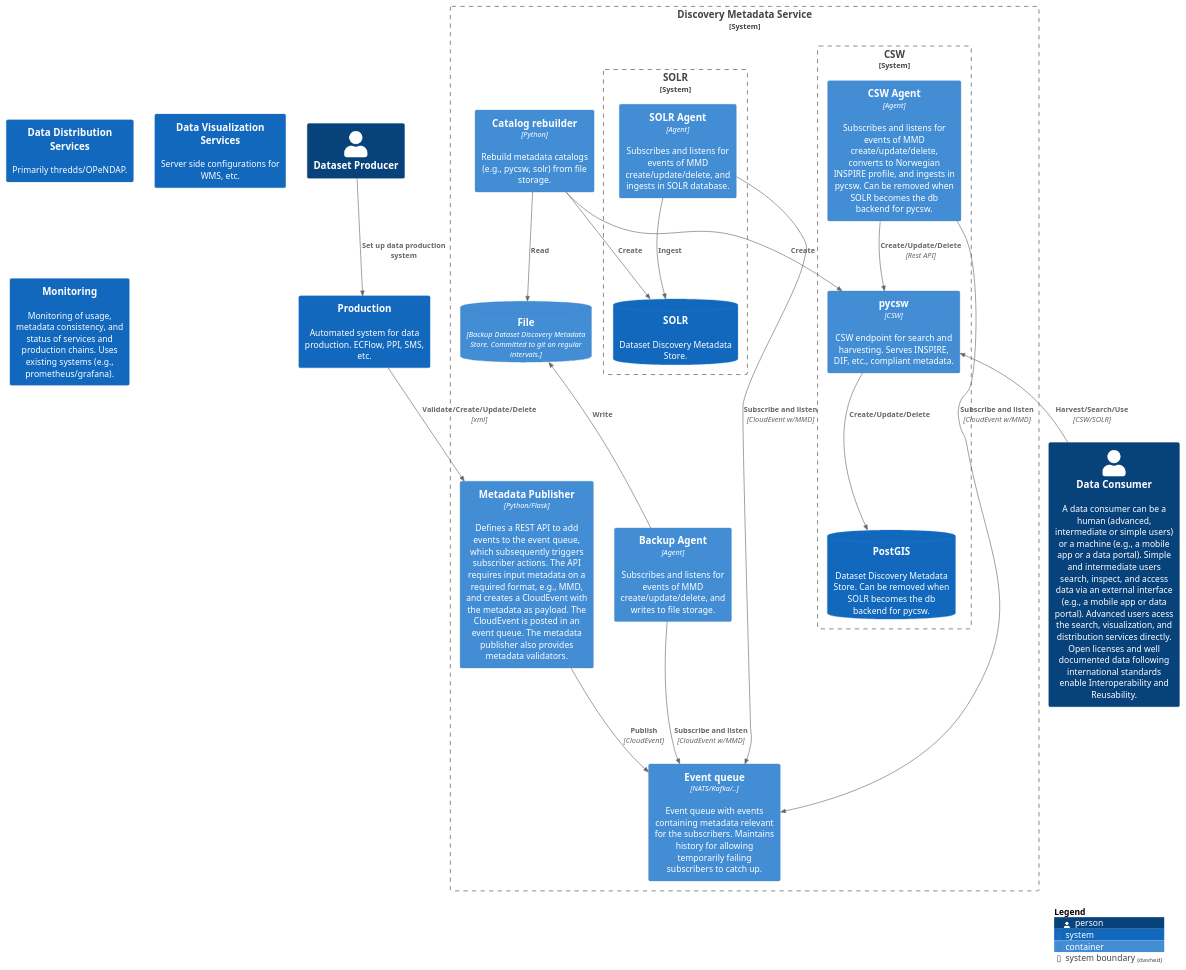
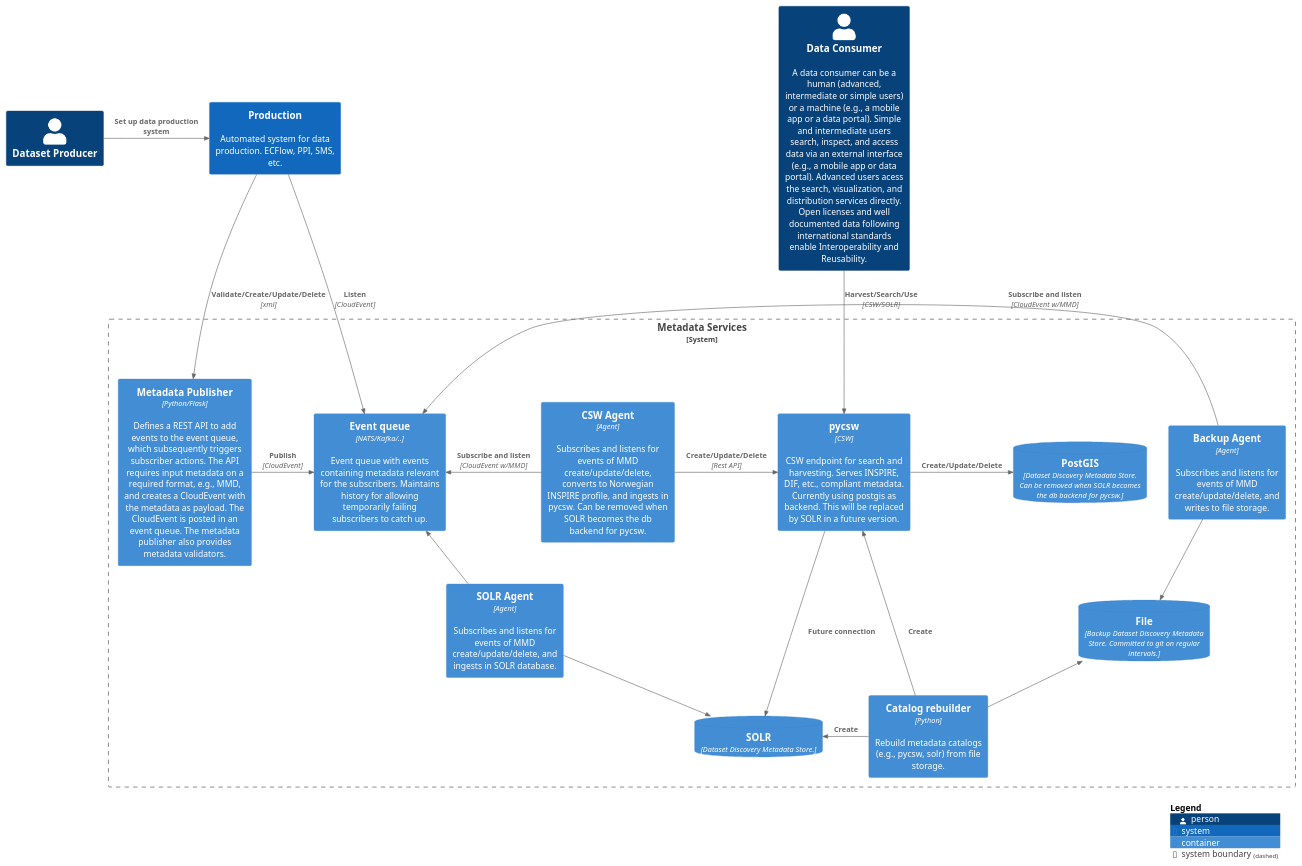
One commit to metno/S-ENDA-documentation changed the diagram in source/puml/architecture/S-ENDA-discovery-metadata-service-container-diagram.puml. Above: the diagram before and after it, drawn with PlantUML. The commit also changed 3 other files, not shown here.

```diff
--- a/source/puml/architecture/S-ENDA-discovery-metadata-service-container-diagram.puml
+++ b/source/puml/architecture/S-ENDA-discovery-metadata-service-container-diagram.puml
@@ -1,61 +1,59 @@
 @startuml S-ENDA-metadata-service-container-diagram
 !include https://raw.githubusercontent.com/plantuml-stdlib/C4-PlantUML/master/C4_Container.puml
 
 LAYOUT_TOP_DOWN()
 
 Person(consumers, "Data Consumer", "A data consumer can be a human (advanced, intermediate or simple users) or a machine (e.g., a mobile app or a data portal). Simple and intermediate users search, inspect, and access data via an external interface (e.g., a mobile app or data portal). Advanced users acess the search, visualization, and distribution services directly. Open licenses and well documented data following international standards enable Interoperability and Reusability.")
 
 Person(dataproducer, "Dataset Producer")
 
 System(productionhub, "Production", "Automated system for data production. ECFlow, PPI, SMS, etc.")
-System(dist_systems, "Data Distribution Services", "Primarily thredds/OPeNDAP.")
-System(vis_systems, "Data Visualization Services", "Server side configurations for WMS, etc.")
-System(monitoring, "Monitoring", "Monitoring of usage, metadata consistency, and status of services and production chains. Uses existing systems (e.g., prometheus/grafana).")
+'System(dist_systems, "Data Distribution Services", "Primarily thredds/OPeNDAP.")
+'System(vis_systems, "Data Visualization Services", "Server side configurations for WMS, etc.")
+'System(monitoring, "Monitoring", "Monitoring of usage, metadata consistency, and status of services and production chains. Uses existing systems (e.g., prometheus/grafana).")
 
-System_Boundary(mserviceSystem, "Discovery Metadata Service") {
+System_Boundary(mserviceSystem, "Metadata Services") {
   Container(dmci, "Metadata Publisher", "Python/Flask", "Defines a REST API to add events to the event queue, which subsequently triggers subscriber actions. The API requires input metadata on a required format, e.g., MMD, and creates a CloudEvent with the metadata as payload. The CloudEvent is posted in an event queue. The metadata publisher also provides metadata validators.")
 
   Container(queue, "Event queue", "NATS/Kafka/..", "Event queue with events containing metadata relevant for the subscribers. Maintains history for allowing temporarily failing subscribers to catch up.")
 
-  Container(metadata_store, "Backup Agent", "Agent", "Subscribes and listens for events of MMD create/update/delete, and writes to file storage.")
+  Container(backupagent, "Backup Agent", "Agent", "Subscribes and listens for events of MMD create/update/delete, and writes to file storage.")
   ContainerDb(file, "File", "Backup Dataset Discovery Metadata Store. Committed to git on regular intervals.")
 
-  System_Boundary(solrsyst, "SOLR") {
-    Container(solr_agent, "SOLR Agent", "Agent", "Subscribes and listens for events of MMD create/update/delete, and ingests in SOLR database.")
-    SystemDb(solr, "SOLR", "Dataset Discovery Metadata Store.")
-  }
+  Container(solr_agent, "SOLR Agent", "Agent", "Subscribes and listens for events of MMD create/update/delete, and ingests in SOLR database.")
+  ContainerDb(solr, "SOLR", "Dataset Discovery Metadata Store.")
 
-  System_Boundary(csw, "CSW") {
-    Container(csw_agent, "CSW Agent", "Agent", "Subscribes and listens for events of MMD create/update/delete, converts to Norwegian INSPIRE profile, and ingests in pycsw. Can be removed when SOLR becomes the db backend for pycsw.")
-    Container(csapi, "pycsw", "CSW", "CSW endpoint for search and harvesting. Serves INSPIRE, DIF, etc., compliant metadata.")
-    SystemDb(postgis, "PostGIS", "Dataset Discovery Metadata Store. Can be removed when SOLR becomes the db backend for pycsw.")
-  }
+  Container(csw_agent, "CSW Agent", "Agent", "Subscribes and listens for events of MMD create/update/delete, converts to Norwegian INSPIRE profile, and ingests in pycsw. Can be removed when SOLR becomes the db backend for pycsw.")
+  Container(csapi, "pycsw", "CSW", "CSW endpoint for search and harvesting. Serves INSPIRE, DIF, etc., compliant metadata. Currently using postgis as backend. This will be replaced by SOLR in a future version.")
+  ContainerDb(postgis, "PostGIS", "Dataset Discovery Metadata Store. Can be removed when SOLR becomes the db backend for pycsw.")
 
   Container(rebuilder, "Catalog rebuilder", "Python", "Rebuild metadata catalogs (e.g., pycsw, solr) from file storage.")
 
-  Rel(dmci, queue, "Publish", "CloudEvent")
-  Rel(rebuilder, file, "Read")
-  Rel(rebuilder, solr, "Create")
-  Rel(rebuilder, csapi, "Create")
-  Rel_U(metadata_store, file, "Write")
-  Rel(metadata_store, queue, "Subscribe and listen", "CloudEvent w/MMD")
-  Rel(solr_agent, solr, "Ingest")
-  Rel(solr_agent, queue, "Subscribe and listen", "CloudEvent w/MMD")
-  Rel(csw_agent, csapi, "Create/Update/Delete", "Rest API")
-  Rel(csw_agent, queue, "Subscribe and listen", "CloudEvent w/MMD")
-  Rel(csapi, postgis, "Create/Update/Delete")
-  Rel(productionhub, dmci, "Validate/Create/Update/Delete", "xml")
+  Rel_R(dmci, queue, "Publish", "CloudEvent")
+  Rel_L(rebuilder, file, "Read")
+  Rel_L(rebuilder, solr, "Create")
+  Rel_L(rebuilder, csapi, "Create")
+  Rel_R(backupagent, file, "Write")
+  Rel_L(backupagent, queue, "Subscribe and listen", "CloudEvent w/MMD")
+  Rel_R(solr_agent, solr, "Create/Update/Delete")
+  Rel_L(solr_agent, queue, "Subscribe and listen", "CloudEvent w/MMD")
+  Rel_R(csw_agent, csapi, "Create/Update/Delete", "Rest API")
+  Rel_L(csw_agent, queue, "Subscribe and listen", "CloudEvent w/MMD")
+  Rel_R(csapi, postgis, "Create/Update/Delete")
+  Rel_R(productionhub, dmci, "Validate/Create/Update/Delete", "xml")
+  Rel(productionhub, queue, "Listen", "CloudEvent")
+  Rel(csapi, solr, "Future connection")
 
 }
 
-Rel_D(dataproducer, productionhub, "Set up data production system")
+Rel_R(dataproducer, productionhub, "Set up data production system")
 
 
-Rel_U(consumers, csapi, "Harvest/Search/Use", "CSW/SOLR")
+Rel(consumers, csapi, "Harvest/Search/Use", "CSW/SOLR")
 
 'Rel(productionhub, dist_systems, "Store", "ACDD compliant netCDF-CF files")
 'Rel(dataproducer, web_app, "Check dataset statistics and metadata consistency/status.")
 
 SHOW_LEGEND()
 
 @enduml
```
